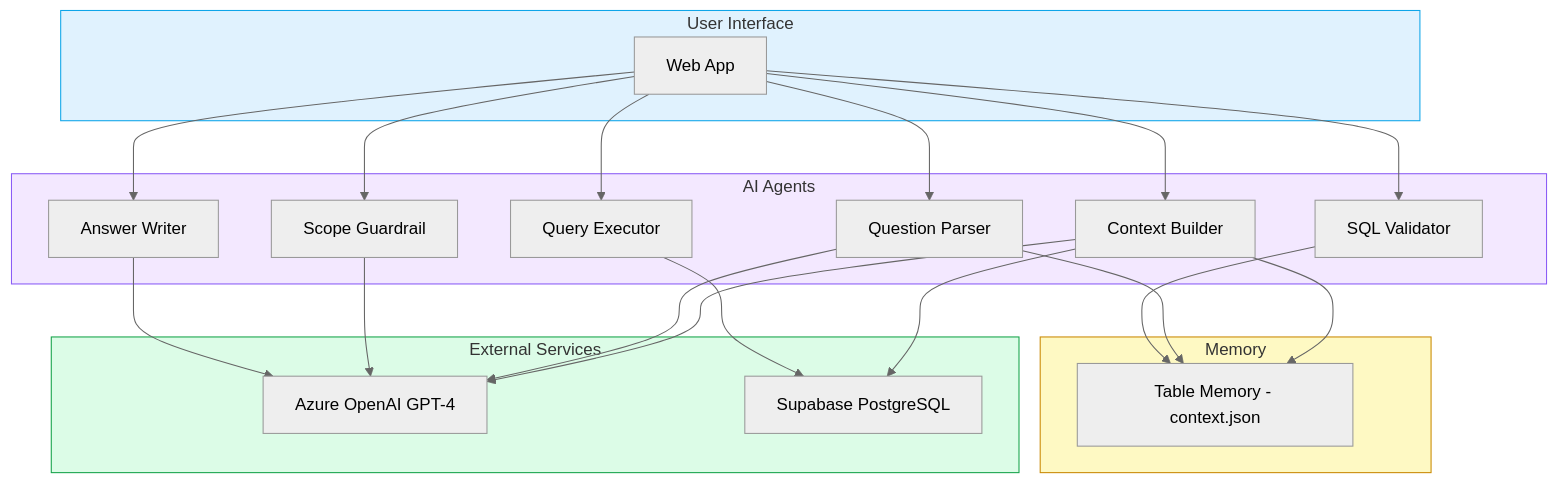
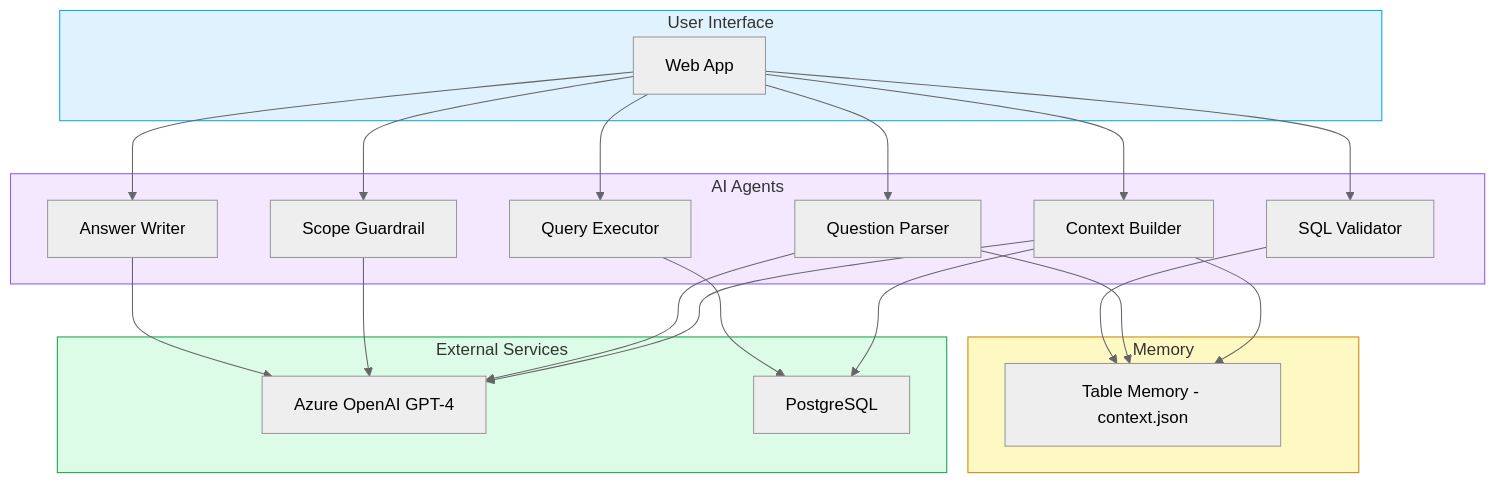
The second of 9 diagrams in WHAT_AM_I.md (devangsharma-igna/csv-agent), drawn with Mermaid (neutral theme) before and after one commit. The commit also changed other lines of this file, not shown here.

````diff
--- a/WHAT_AM_I.md
+++ b/WHAT_AM_I.md
@@ -54,45 +54,45 @@
 ```mermaid
 flowchart TB
     subgraph UI["User Interface"]
         WEBAPP["Web App"]
     end
 
     subgraph AGENTS["AI Agents"]
         CB["Context Builder"]
         GR["Scope Guardrail"]
         NLP["Question Parser"]
         VAL["SQL Validator"]
         EXE["Query Executor"]
         NLR["Answer Writer"]
     end
 
     subgraph MEMORY["Memory"]
         CTX["Table Memory - context.json"]
     end
 
     subgraph EXTERNAL["External Services"]
         AIAPI["Azure OpenAI GPT-4"]
-        SUPA["Supabase PostgreSQL"]
+        SUPA["PostgreSQL"]
     end
 
     WEBAPP --> CB
     WEBAPP --> GR
     WEBAPP --> NLP
     WEBAPP --> VAL
     WEBAPP --> EXE
     WEBAPP --> NLR
     CB --> AIAPI
     NLP --> AIAPI
     GR --> AIAPI
     NLR --> AIAPI
     CB --> SUPA
     EXE --> SUPA
     CB --> CTX
     NLP --> CTX
     VAL --> CTX
 
     style UI fill:#e0f2fe,stroke:#0ea5e9
     style AGENTS fill:#f3e8ff,stroke:#8b5cf6
     style MEMORY fill:#fef9c3,stroke:#ca8a04
     style EXTERNAL fill:#dcfce7,stroke:#16a34a
 ```
````
